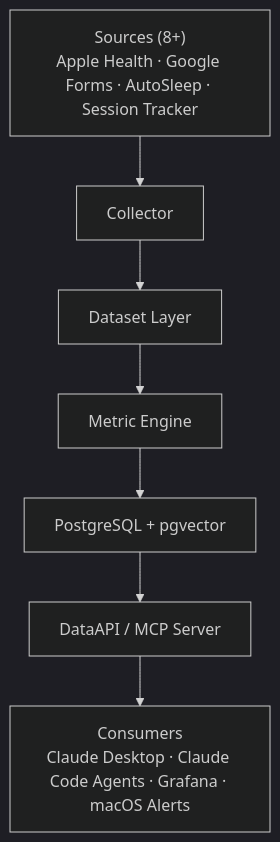
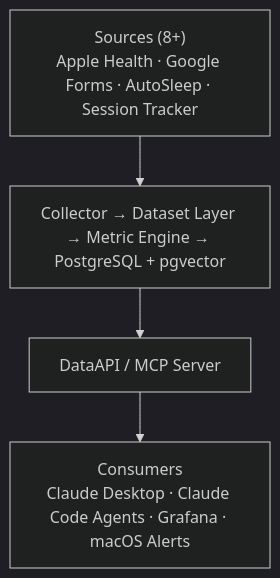
Before and after one commit to dmitrii-naumenko/autodiary-public: the diagram in README.md, drawn with Mermaid (dark theme).

Commit message:
changed marmaid diagram

````diff
--- a/README.md
+++ b/README.md
@@ -25,10 +25,7 @@
 ```mermaid
 flowchart TD
     Sources["Sources (8+)<br/>Apple Health · Google Forms · AutoSleep · Session Tracker"]
-    Sources --> Collector
-    Collector --> Dataset[Dataset Layer]
-    Dataset --> Engine[Metric Engine]
-    Engine --> DB["PostgreSQL + pgvector"]
-    DB --> API["DataAPI / MCP Server"]
+    Sources --> Pipeline["Collector → Dataset Layer → Metric Engine → PostgreSQL + pgvector"]
+    Pipeline --> API["DataAPI / MCP Server"]
     API --> Consumers["Consumers<br/>Claude Desktop · Claude Code Agents · Grafana · macOS Alerts"]
 ```
````
